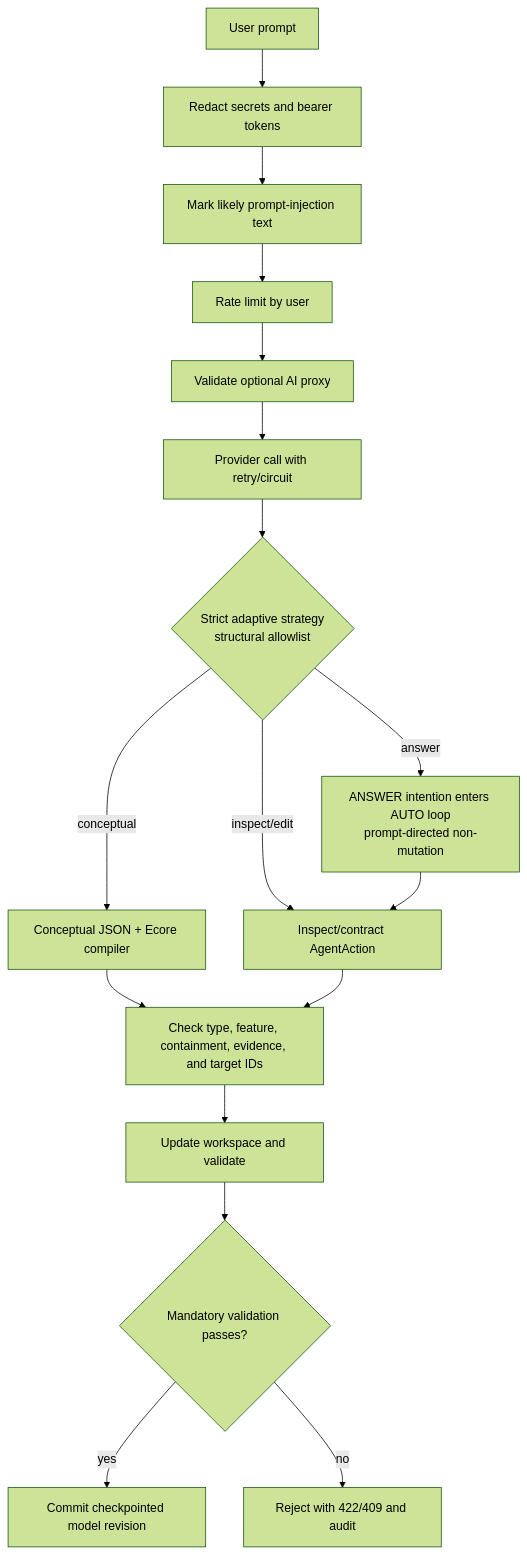
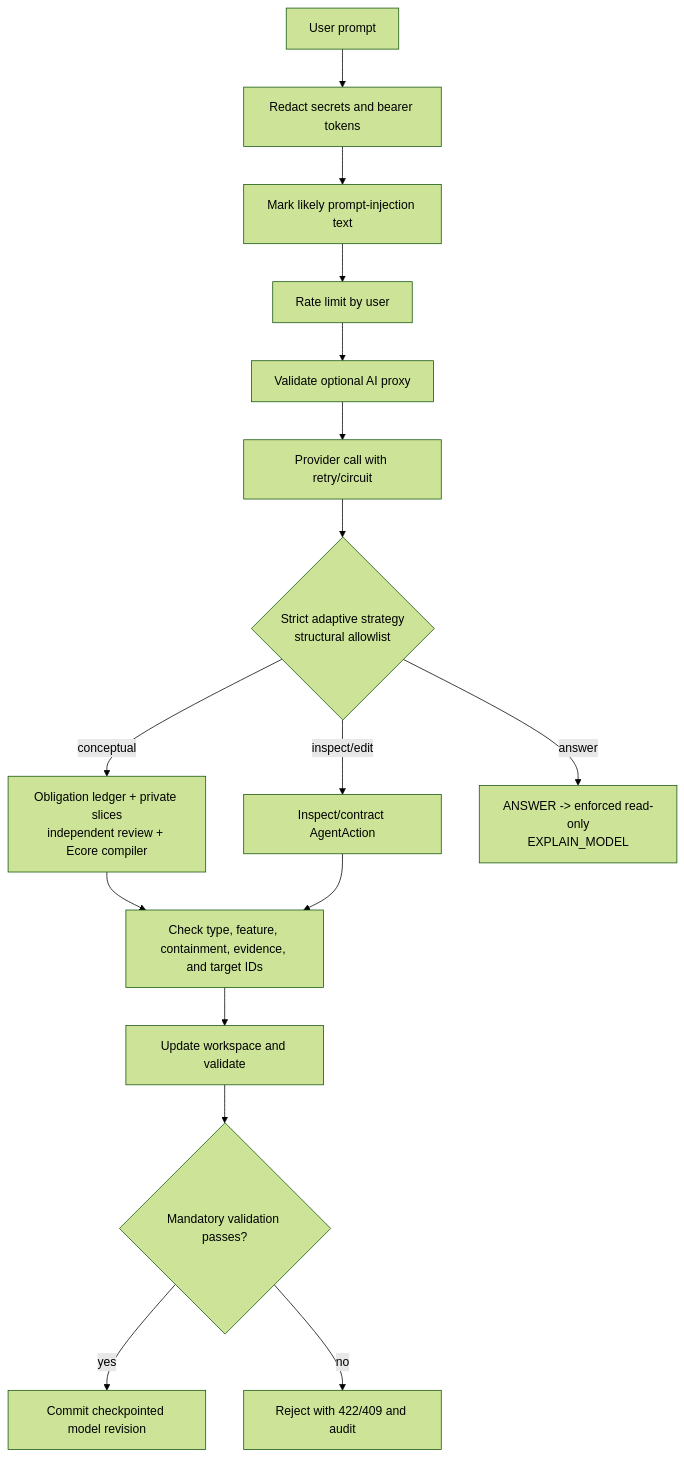
The fifth of 8 diagrams in docs/diagrams/23-security-observability-failure.md (mehdieidi/modriss), drawn with Mermaid (forest theme) before and after one commit. The commit also changed 52 other files, not shown here.

First line of the commit message:
test(ai): add tests for agent action schema and turn loop behavior and update docs

````diff
--- a/docs/diagrams/23-security-observability-failure.md
+++ b/docs/diagrams/23-security-observability-failure.md
@@ -91,26 +91,26 @@
 ```mermaid
 flowchart TD
     prompt["User prompt"]
     redact["Redact secrets and bearer tokens"]
     inject["Mark likely prompt-injection text"]
     rate["Rate limit by user"]
     proxy["Validate optional AI proxy"]
     provider["Provider call with retry/circuit"]
     strategy{"Strict adaptive strategy<br/>structural allowlist"}
-    conceptual["Conceptual JSON + Ecore compiler"]
+    conceptual["Obligation ledger + private slices<br/>independent review + Ecore compiler"]
     action["Inspect/contract AgentAction"]
     ground["Check type, feature, containment, evidence, and target IDs"]
     preview["Update workspace and validate"]
     decision{"Mandatory validation passes?"}
     save["Commit checkpointed model revision"]
-    answer["ANSWER intention enters AUTO loop<br/>prompt-directed non-mutation"]
+    answer["ANSWER -> enforced read-only<br/>EXPLAIN_MODEL"]
     block["Reject with 422/409 and audit"]
 
     prompt --> redact --> inject --> rate --> proxy --> provider --> strategy
     strategy -- conceptual --> conceptual --> ground
     strategy -- inspect/edit --> action --> ground
-    strategy -- answer --> answer --> action
+    strategy -- answer --> answer
     ground --> preview --> decision
     decision -- yes --> save
     decision -- no --> block
 ```
````
